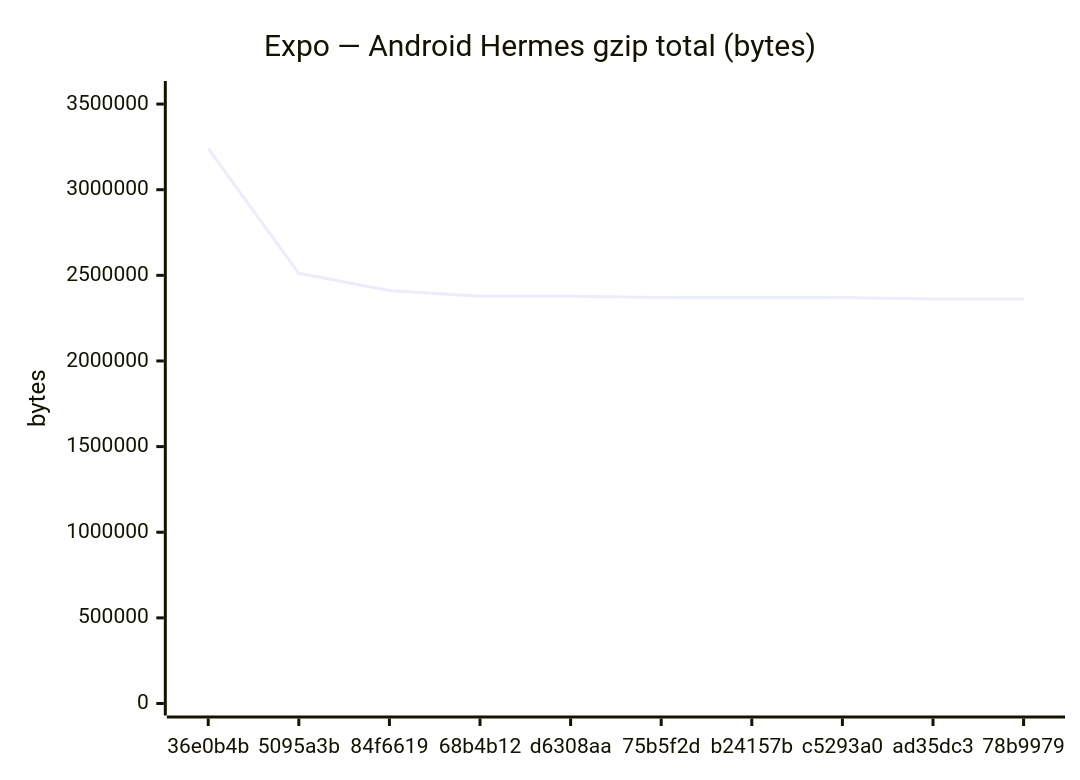
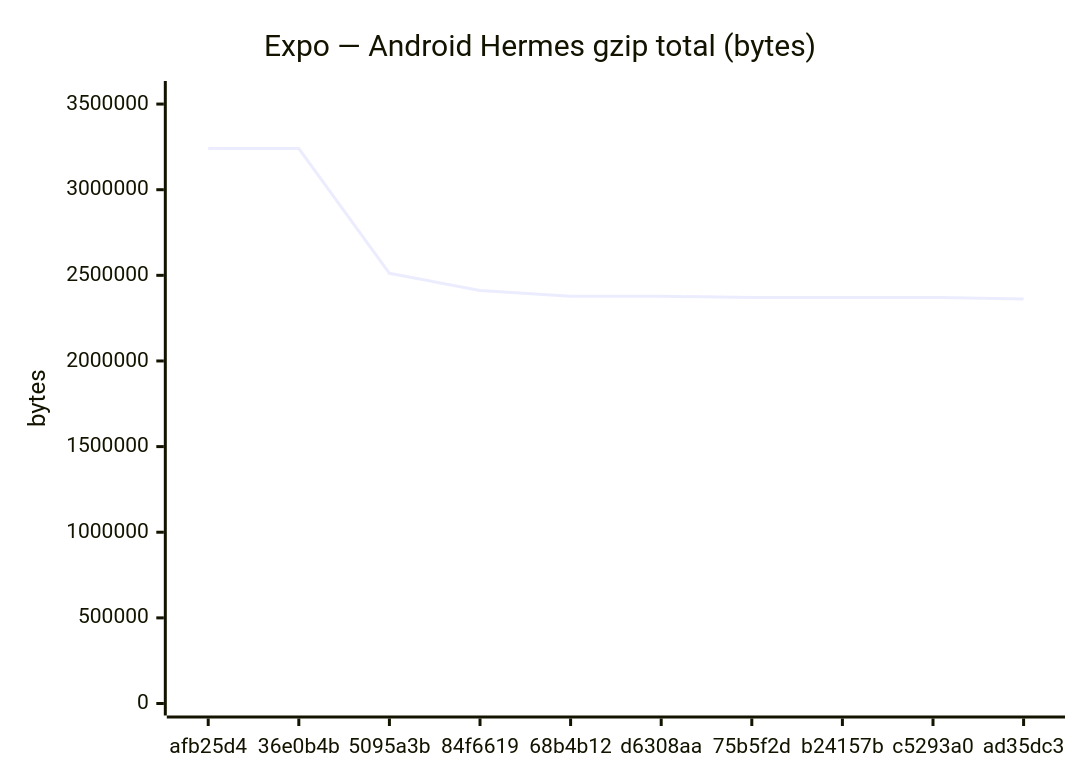
The fifth of 18 diagrams in benchmarks/compare.md (Metaheurist/Rianell), drawn with Mermaid before and after one commit. The commit also changed other lines of this file and 11 other files, not shown here.

````diff
--- a/benchmarks/compare.md
+++ b/benchmarks/compare.md
@@ -89,7 +89,7 @@
 ```mermaid
 xychart-beta
     title "Expo — Android Hermes gzip total (bytes)"
-    x-axis ["36e0b4b", "5095a3b", "84f6619", "68b4b12", "d6308aa", "75b5f2d", "b24157b", "c5293a0", "ad35dc3", "78b9979"]
+    x-axis ["afb25d4", "36e0b4b", "5095a3b", "84f6619", "68b4b12", "d6308aa", "75b5f2d", "b24157b", "c5293a0", "ad35dc3"]
     y-axis "bytes" 0 --> 3564603
-    line [3240548, 2511667, 2411913, 2377489, 2377488, 2370632, 2370632, 2370634, 2362082, 2362084]
+    line [3239886, 3240548, 2511667, 2411913, 2377489, 2377488, 2370632, 2370632, 2370634, 2362082]
 ```
````
